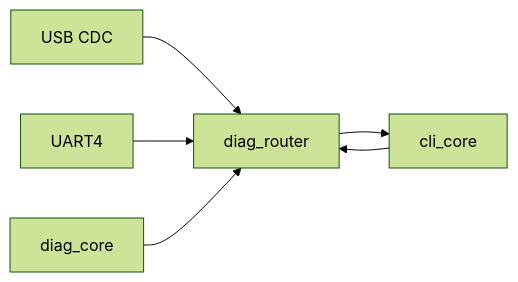
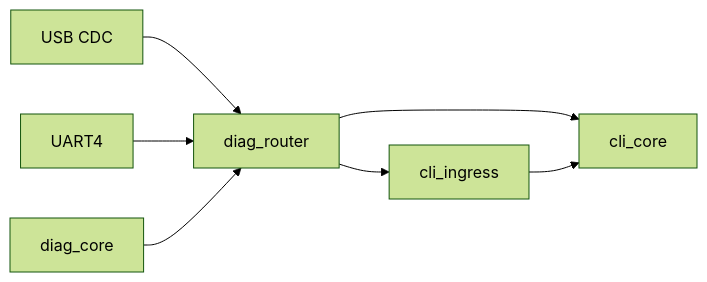
Before and after one commit to SamuelCicuitStudio/LAN9645-STM32-Managed-Ethernet-Switch: the eighth of 9 diagrams in README.md, drawn with Mermaid (forest theme). The commit also changed other lines of this file, not shown here.

Commit message:
Expand root handbook with detailed LAN9645 and CLI docs

````diff
--- a/README.md
+++ b/README.md
@@ -711,14 +1524,16 @@
 ```mermaid
 flowchart LR
     USB[USB CDC]
     UART[UART4]
     ROUTER[diag_router]
     CLI[cli_core]
+    INGRESS[cli_ingress]
     DIAG[diag_core]
 
     USB --> ROUTER
     UART --> ROUTER
     ROUTER --> CLI
     DIAG --> ROUTER
-    CLI --> ROUTER
+    ROUTER --> INGRESS
+    INGRESS --> CLI
 ```
````
